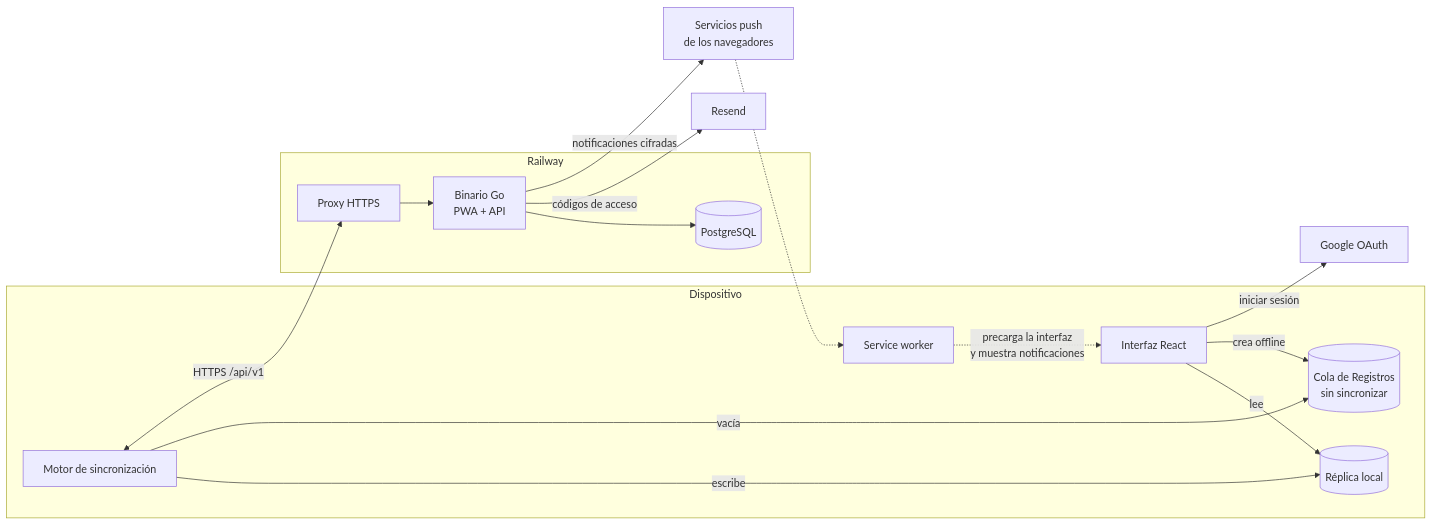
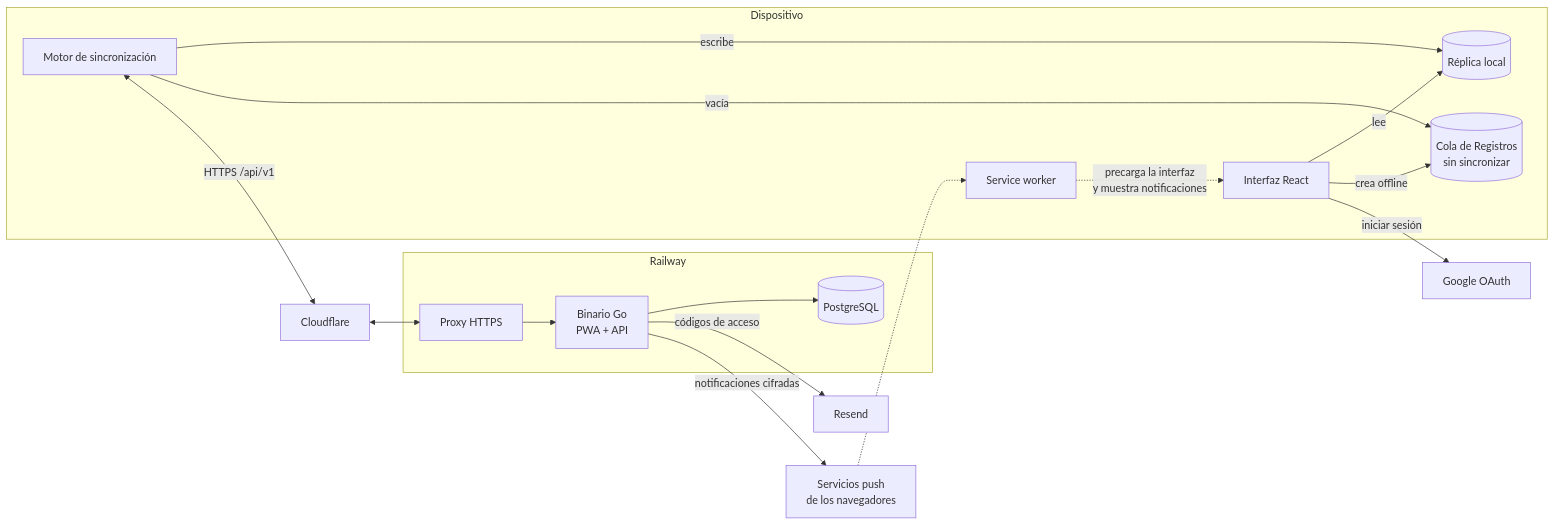
The first of 2 diagrams in docs/arquitectura.md (Aegisystem/Quitsie), drawn with Mermaid before and after one commit. The commit also changed other lines of this file and 6 other files, not shown here.

````diff
--- a/docs/arquitectura.md
+++ b/docs/arquitectura.md
@@ -9,19 +9,20 @@
 ```mermaid
 flowchart LR
   subgraph Dispositivo
     UI[Interfaz React] -->|lee| Replica[(Réplica local)]
     UI -->|crea offline| Cola[(Cola de Registros<br/>sin sincronizar)]
     Motor[Motor de sincronización] -->|escribe| Replica
     Motor -->|vacía| Cola
     SW[Service worker] -.->|precarga la interfaz<br/>y muestra notificaciones| UI
   end
   subgraph Railway
     Proxy[Proxy HTTPS] --> Bin[Binario Go<br/>PWA + API]
     Bin --> DB[(PostgreSQL)]
   end
-  Motor <-->|HTTPS /api/v1| Proxy
+  Motor <-->|HTTPS /api/v1| CF[Cloudflare]
+  CF <--> Proxy
   Bin -->|códigos de acceso| Resend[Resend]
   Bin -->|notificaciones cifradas| PushSvc[Servicios push<br/>de los navegadores]
   PushSvc -.-> SW
   UI -->|iniciar sesión| Google[Google OAuth]
 ```
````
